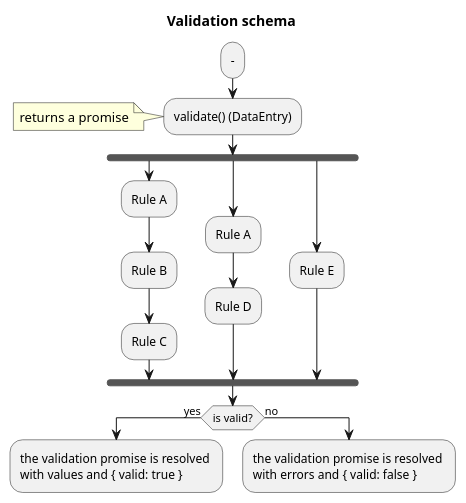
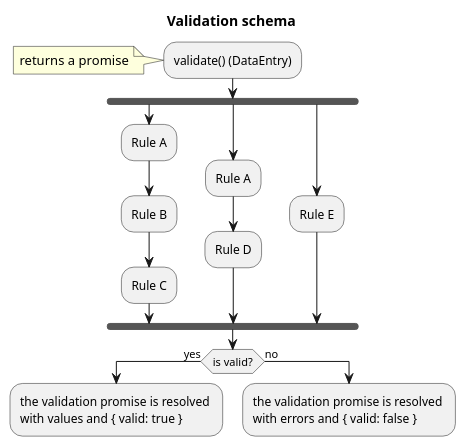
Before and after one commit to RobertoPrevato/DataEntry: the diagram in docs/validation.wsd, drawn with PlantUML. The commit also changed 32 other files, not shown here.

```diff
--- a/docs/validation.wsd
+++ b/docs/validation.wsd
@@ -1,23 +1,23 @@
 @startuml
  title Validation schema
---
+
 
  :validate() (DataEntry);
  note:returns a promise
  fork
    :Rule A;
    :Rule B;
    :Rule C;
  fork again
    :Rule A;
    :Rule D;
  fork again
    :Rule E;
  endfork
  if (is valid?) then (yes)
    :the validation promise is resolved \nwith values and { valid: true };
    else (no)
    :the validation promise is resolved \nwith errors and { valid: false };
  endif
  detach
 @enduml
```
